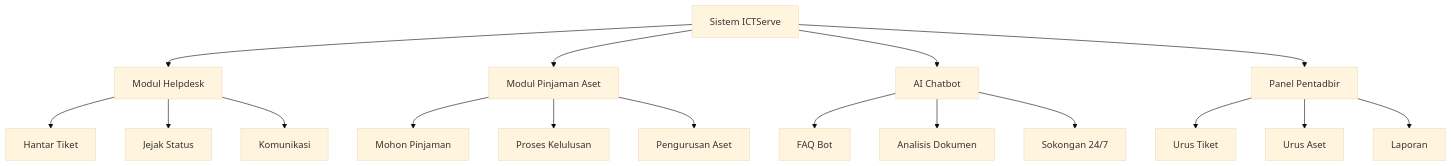
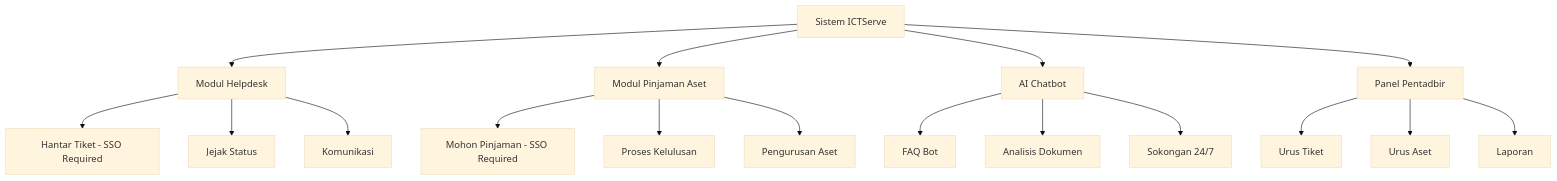
Before and after one commit to IzzatFirdaus/ictserve-031125: the diagram in docs/KRISA/D17_KRISA_ICTSERVE_MANUAL_PENGGUNA_SISTEM.md, drawn with Mermaid (base theme). The commit also changed other lines of this file and 18 other files, not shown here.

````diff
--- a/docs/KRISA/D17_KRISA_ICTSERVE_MANUAL_PENGGUNA_SISTEM.md
+++ b/docs/KRISA/D17_KRISA_ICTSERVE_MANUAL_PENGGUNA_SISTEM.md
@@ -169,23 +189,23 @@
 ```mermaid
 graph TD
     A[Sistem ICTServe] --> B[Modul Helpdesk]
     A --> C[Modul Pinjaman Aset]
     A --> D[AI Chatbot]
     A --> E[Panel Pentadbir]
     
-    B --> B1[Hantar Tiket]
+    B --> B1[Hantar Tiket - SSO Required]
     B --> B2[Jejak Status]
     B --> B3[Komunikasi]
     
-    C --> C1[Mohon Pinjaman]
+    C --> C1[Mohon Pinjaman - SSO Required]
     C --> C2[Proses Kelulusan]
     C --> C3[Pengurusan Aset]
     
     D --> D1[FAQ Bot]
     D --> D2[Analisis Dokumen]
     D --> D3[Sokongan 24/7]
     
     E --> E1[Urus Tiket]
     E --> E2[Urus Aset]
     E --> E3[Laporan]
 ```
````
